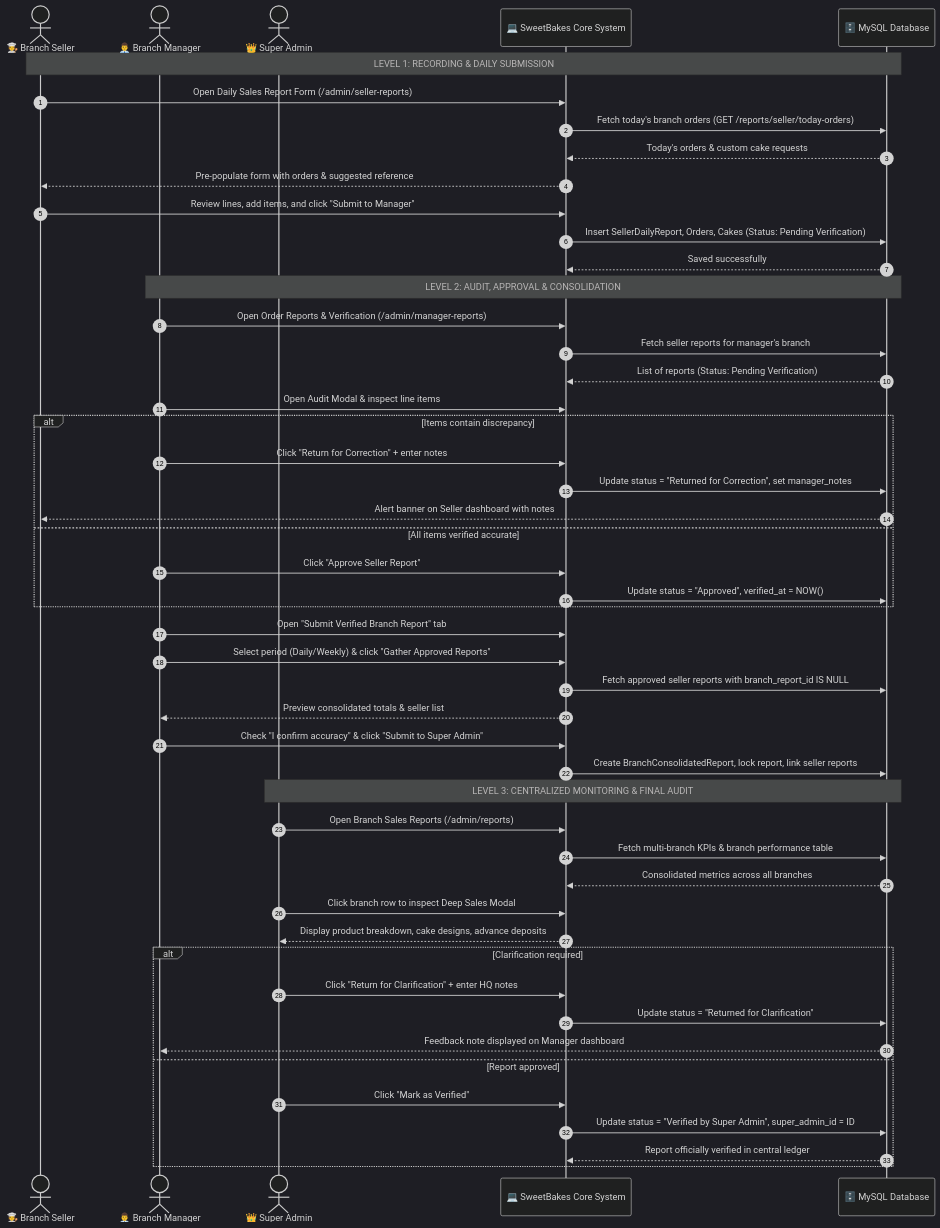
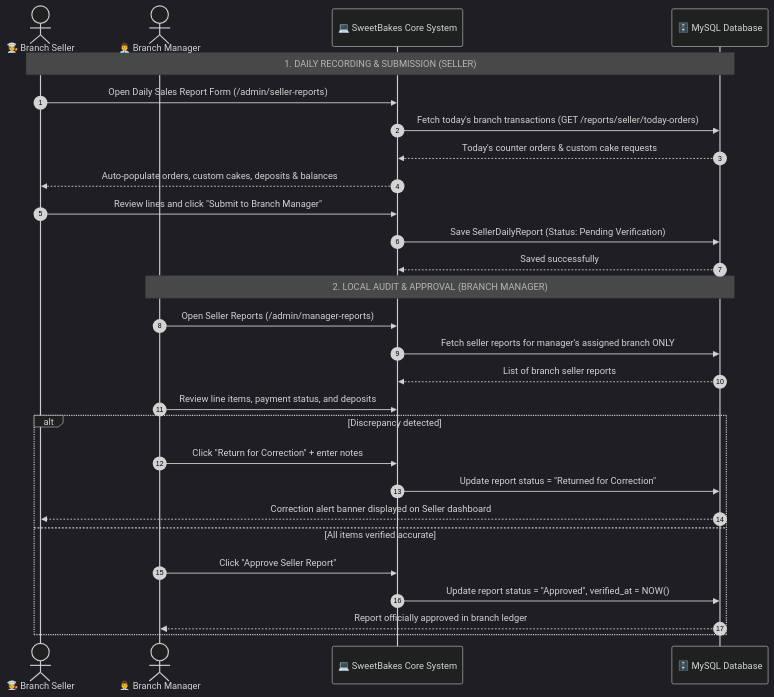
One commit to niga-star/Kenean-Cake-and-bread- changed the seventh of 8 diagrams in SYSTEM_DOCUMENTATION.md. Above: the diagram before and after it, drawn with Mermaid (dark theme). The commit also changed other lines of this file and 3 other files, not shown here.

Commit message:
Update system documentation to Version 4.0 Enterprise with Stock Receive, RBAC isolation, account status governance, and notification routing

````diff
--- a/SYSTEM_DOCUMENTATION.md
+++ b/SYSTEM_DOCUMENTATION.md
@@ -268,55 +333,32 @@
 ```mermaid
 sequenceDiagram
     autonumber
     actor Seller as 🧑‍🍳 Branch Seller
     actor Manager as 👨‍💼 Branch Manager
-    actor SuperAdmin as 👑 Super Admin
     participant System as 💻 SweetBakes Core System
     participant DB as 🗄️ MySQL Database
 
-    Note over Seller,DB: LEVEL 1: RECORDING & DAILY SUBMISSION
+    Note over Seller,DB: 1. DAILY RECORDING & SUBMISSION (SELLER)
     Seller->>System: Open Daily Sales Report Form (/admin/seller-reports)
-    System->>DB: Fetch today's branch orders (GET /reports/seller/today-orders)
-    DB-->>System: Today's orders & custom cake requests
-    System-->>Seller: Pre-populate form with orders & suggested reference
-    Seller->>System: Review lines, add items, and click "Submit to Manager"
-    System->>DB: Insert SellerDailyReport, Orders, Cakes (Status: Pending Verification)
+    System->>DB: Fetch today's branch transactions (GET /reports/seller/today-orders)
+    DB-->>System: Today's counter orders & custom cake requests
+    System-->>Seller: Auto-populate orders, custom cakes, deposits & balances
+    Seller->>System: Review lines and click "Submit to Branch Manager"
+    System->>DB: Save SellerDailyReport (Status: Pending Verification)
     DB-->>System: Saved successfully
 
-    Note over Manager,DB: LEVEL 2: AUDIT, APPROVAL & CONSOLIDATION
-    Manager->>System: Open Order Reports & Verification (/admin/manager-reports)
-    System->>DB: Fetch seller reports for manager's branch
-    DB-->>System: List of reports (Status: Pending Verification)
-    Manager->>System: Open Audit Modal & inspect line items
-    alt Items contain discrepancy
+    Note over Manager,DB: 2. LOCAL AUDIT & APPROVAL (BRANCH MANAGER)
+    Manager->>System: Open Seller Reports (/admin/manager-reports)
+    System->>DB: Fetch seller reports for manager's assigned branch ONLY
+    DB-->>System: List of branch seller reports
+    Manager->>System: Review line items, payment status, and deposits
+    alt Discrepancy detected
         Manager->>System: Click "Return for Correction" + enter notes
-        System->>DB: Update status = "Returned for Correction", set manager_notes
-        DB-->>Seller: Alert banner on Seller dashboard with notes
+        System->>DB: Update report status = "Returned for Correction"
+        DB-->>Seller: Correction alert banner displayed on Seller dashboard
     else All items verified accurate
         Manager->>System: Click "Approve Seller Report"
-        System->>DB: Update status = "Approved", verified_at = NOW()
-    end
-
-    Manager->>System: Open "Submit Verified Branch Report" tab
-    Manager->>System: Select period (Daily/Weekly) & click "Gather Approved Reports"
-    System->>DB: Fetch approved seller reports with branch_report_id IS NULL
-    System-->>Manager: Preview consolidated totals & seller list
-    Manager->>System: Check "I confirm accuracy" & click "Submit to Super Admin"
-    System->>DB: Create BranchConsolidatedReport, lock report, link seller reports
-
-    Note over SuperAdmin,DB: LEVEL 3: CENTRALIZED MONITORING & FINAL AUDIT
-    SuperAdmin->>System: Open Branch Sales Reports (/admin/reports)
-    System->>DB: Fetch multi-branch KPIs & branch performance table
-    DB-->>System: Consolidated metrics across all branches
-    SuperAdmin->>System: Click branch row to inspect Deep Sales Modal
-    System-->>SuperAdmin: Display product breakdown, cake designs, advance deposits
-    alt Clarification required
-        SuperAdmin->>System: Click "Return for Clarification" + enter HQ notes
-        System->>DB: Update status = "Returned for Clarification"
-        DB-->>Manager: Feedback note displayed on Manager dashboard
-    else Report approved
-        SuperAdmin->>System: Click "Mark as Verified"
-        System->>DB: Update status = "Verified by Super Admin", super_admin_id = ID
-        DB-->>System: Report officially verified in central ledger
+        System->>DB: Update report status = "Approved", verified_at = NOW()
+        DB-->>Manager: Report officially approved in branch ledger
     end
 ```
````
